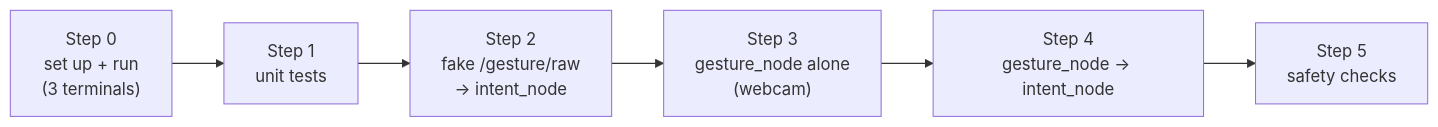
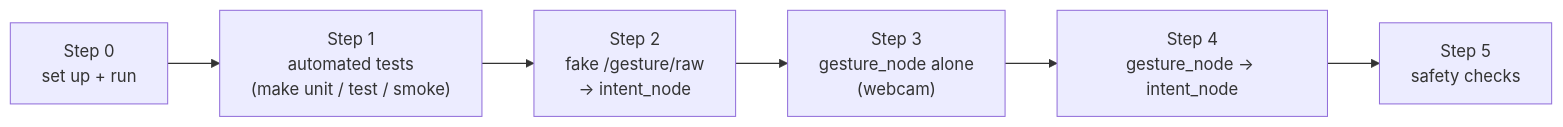
One commit to SEAME-pt/SEA-ME_Team1_ROSRangers changed the second of 2 diagrams in docs/PraticalPlan/06 Gestures/00 Gesture Pipeline.md. Above: the diagram before and after it, drawn with Mermaid. The commit also changed other lines of this file and 9 other files, not shown here.

````diff
--- a/docs/PraticalPlan/06 Gestures/00 Gesture Pipeline.md
+++ b/docs/PraticalPlan/06 Gestures/00 Gesture Pipeline.md
@@ -146,8 +171,8 @@
 ```mermaid
 flowchart LR
-  T0["Step 0<br/>set up + run<br/>(3 terminals)"] --> T1["Step 1<br/>unit tests"]
+  T0["Step 0<br/>set up + run"] --> T1["Step 1<br/>automated tests<br/>(make unit / test / smoke)"]
   T1 --> T2["Step 2<br/>fake /gesture/raw<br/>→ intent_node"]
   T2 --> T3["Step 3<br/>gesture_node alone<br/>(webcam)"]
   T3 --> T4["Step 4<br/>gesture_node → intent_node"]
   T4 --> T5["Step 5<br/>safety checks"]
 ```
````
